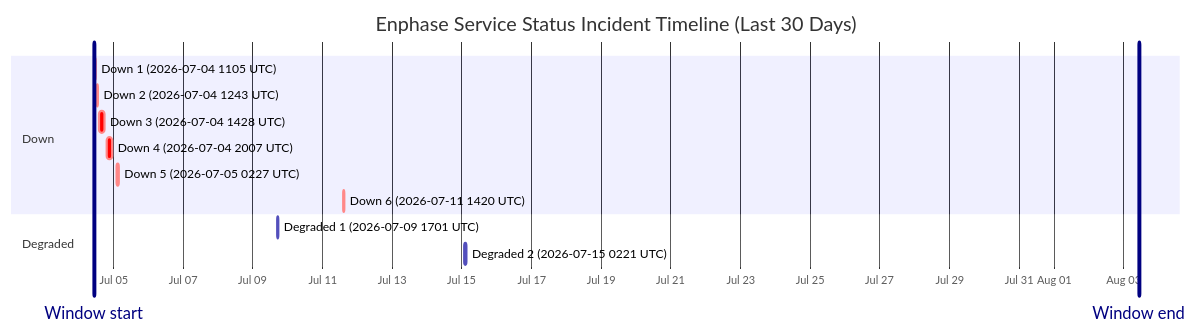
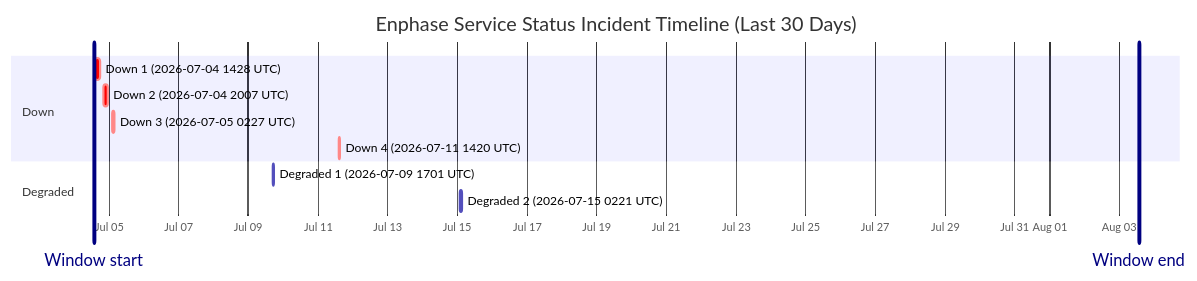
Before and after one commit to barneyonline/ha-enphase-energy: the diagram in wiki/Service-Status-History.md, drawn with Mermaid. The commit also changed other lines of this file and 3 other files, not shown here.

````diff
--- a/wiki/Service-Status-History.md
+++ b/wiki/Service-Status-History.md
@@ -14,18 +14,16 @@
 ```mermaid
 gantt
     title Enphase Service Status Incident Timeline (Last 30 Days)
     dateFormat  YYYY-MM-DDTHH:mm:ss
     axisFormat  %b %d
-    Window start :vert, window-start, 2026-07-04T10:41:02, 0ms
-    Window end :vert, window-end, 2026-08-03T10:41:02, 0ms
+    Window start :vert, window-start, 2026-07-04T13:39:35, 0ms
+    Window end :vert, window-end, 2026-08-03T13:39:35, 0ms
     section Down
-    Down 1 (2026-07-04 1105 UTC) :crit, down-1, 2026-07-04T11:05:21, 60m
-    Down 2 (2026-07-04 1243 UTC) :crit, down-2, 2026-07-04T12:43:25, 60m
-    Down 3 (2026-07-04 1428 UTC) :crit, down-3, 2026-07-04T14:28:07, 243m
-    Down 4 (2026-07-04 2007 UTC) :crit, down-4, 2026-07-04T20:07:50, 206m
-    Down 5 (2026-07-05 0227 UTC) :crit, down-5, 2026-07-05T02:27:32, 109m
-    Down 6 (2026-07-11 1420 UTC) :crit, down-6, 2026-07-11T14:20:54, 69m
+    Down 1 (2026-07-04 1428 UTC) :crit, down-1, 2026-07-04T14:28:07, 243m
+    Down 2 (2026-07-04 2007 UTC) :crit, down-2, 2026-07-04T20:07:50, 206m
+    Down 3 (2026-07-05 0227 UTC) :crit, down-3, 2026-07-05T02:27:32, 109m
+    Down 4 (2026-07-11 1420 UTC) :crit, down-4, 2026-07-11T14:20:54, 69m
     section Degraded
     Degraded 1 (2026-07-09 1701 UTC) :active, degraded-1, 2026-07-09T17:01:02, 60m
     Degraded 2 (2026-07-15 0221 UTC) :active, degraded-2, 2026-07-15T02:21:35, 60m
 ```
````
